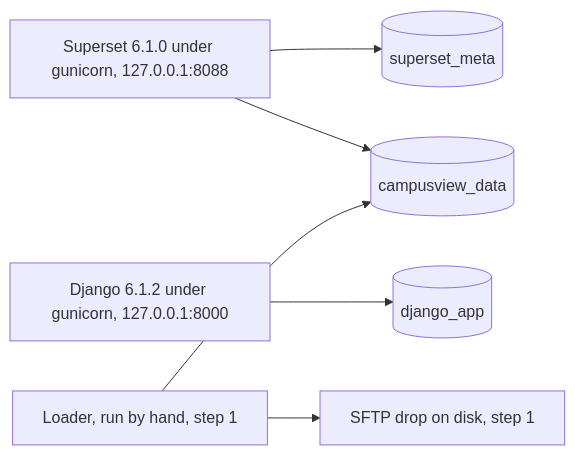
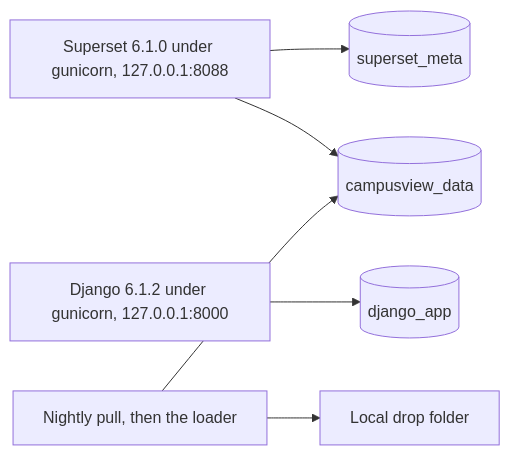
One commit to adukes40/campusview changed the second of 2 diagrams in docs/ARCHITECTURE.md. Above: the diagram before and after it, drawn with Mermaid. The commit also changed other lines of this file and 14 other files, not shown here.

First line of the commit message:
Pull extracts over SFTP on a nightly timer.

````diff
--- a/docs/ARCHITECTURE.md
+++ b/docs/ARCHITECTURE.md
@@ -166,16 +164,16 @@
 ```mermaid
 flowchart LR
   ss[Superset 6.1.0 under gunicorn, 127.0.0.1:8088]
   dj[Django 6.1.2 under gunicorn, 127.0.0.1:8000]
   meta[(superset_meta)]
   djdb[(django_app)]
   data[(campusview_data)]
-  loader[Loader, run by hand, step 1]
-  drop[SFTP drop on disk, step 1]
+  loader[Nightly pull, then the loader]
+  drop[Local drop folder]
 
   ss --> meta
   ss --> data
   dj --> djdb
   loader --> drop
   loader --> data
 ```
````
